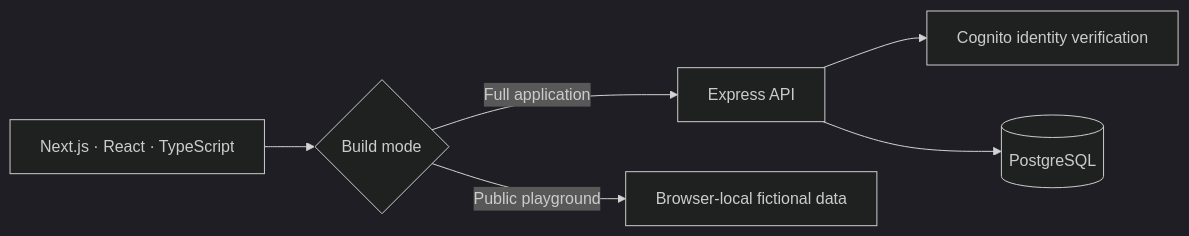
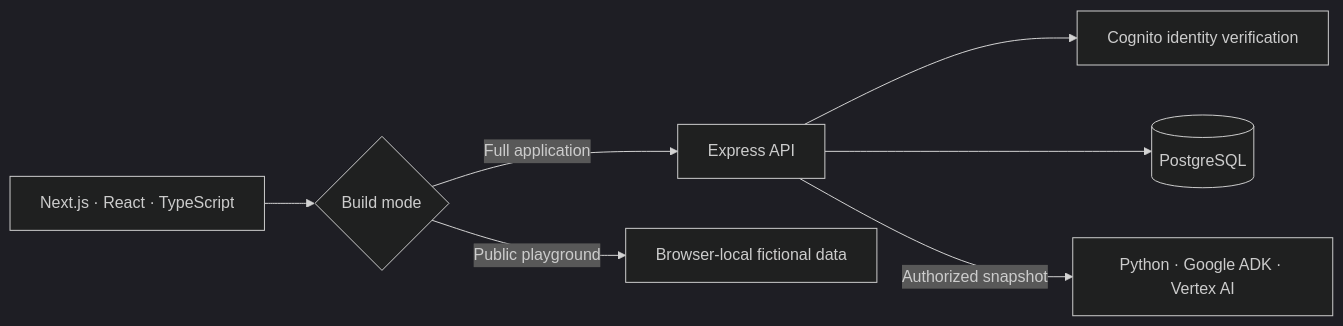
One commit to Mingkai406/momentum-project changed the diagram in README.md. Above: the diagram before and after it, drawn with Mermaid (dark theme). The commit also changed other lines of this file and 30 other files, not shown here.

````diff
--- a/README.md
+++ b/README.md
@@ -40,8 +46,9 @@
 ```mermaid
 flowchart LR
     UI[Next.js · React · TypeScript] --> Mode{Build mode}
     Mode -->|Full application| API[Express API]
     API --> Auth[Cognito identity verification]
     API --> DB[(PostgreSQL)]
+    API -->|Authorized snapshot| Agent[Python · Google ADK · Vertex AI]
     Mode -->|Public playground| Local[Browser-local fictional data]
 ```
````
